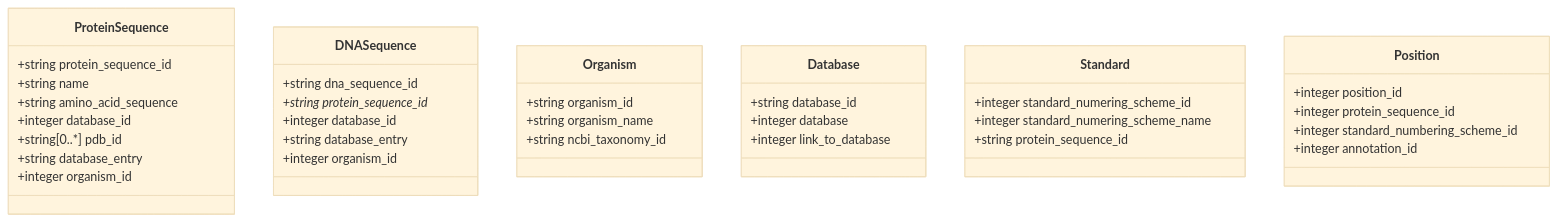
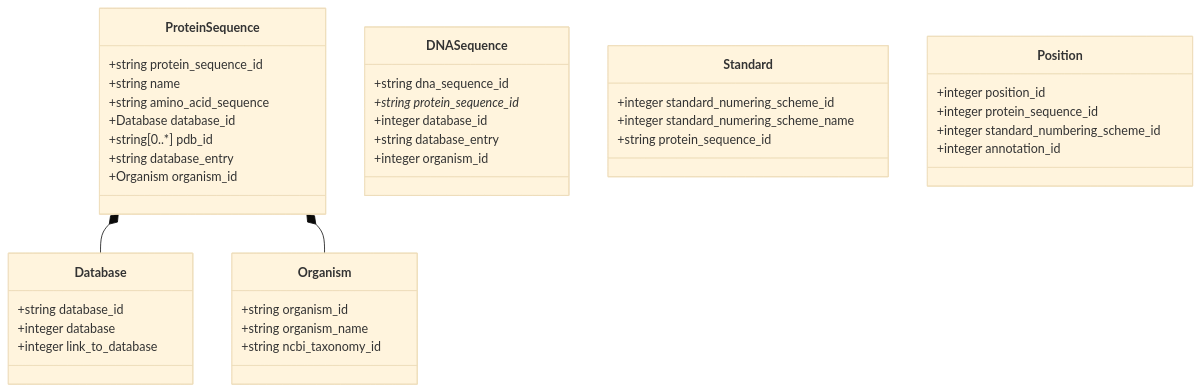
The diagram in test1/schemes/-.md (maxim945/PyEED-Fullprototype), drawn with Mermaid (base theme) before and after one commit. The commit also changed 6 other files, not shown here.

````diff
--- a/test1/schemes/-.md
+++ b/test1/schemes/-.md
@@ -1,47 +1,49 @@
 ```mermaid
 classDiagram
+    ProteinSequence *-- Database
+    ProteinSequence *-- Organism
     
     class ProteinSequence {
         +string protein_sequence_id
         +string name
         +string amino_acid_sequence
-        +integer database_id
+        +Database database_id
         +string[0..*] pdb_id
         +string database_entry
-        +integer organism_id
+        +Organism organism_id
     }
     
     class DNASequence {
         +string dna_sequence_id
         +string protein_sequence_id*
         +integer database_id
         +string database_entry
         +integer organism_id
     }
     
     class Organism {
         +string organism_id
         +string organism_name
         +string ncbi_taxonomy_id
     }
     
     class Database {
         +string database_id
         +integer database
         +integer link_to_database
     }
     
     class Standard {
         +integer standard_numering_scheme_id
         +integer standard_numering_scheme_name
         +string protein_sequence_id
     }
     
     class Position {
         +integer position_id
         +integer protein_sequence_id
         +integer standard_numbering_scheme_id
         +integer annotation_id
     }
     
 ```
````
